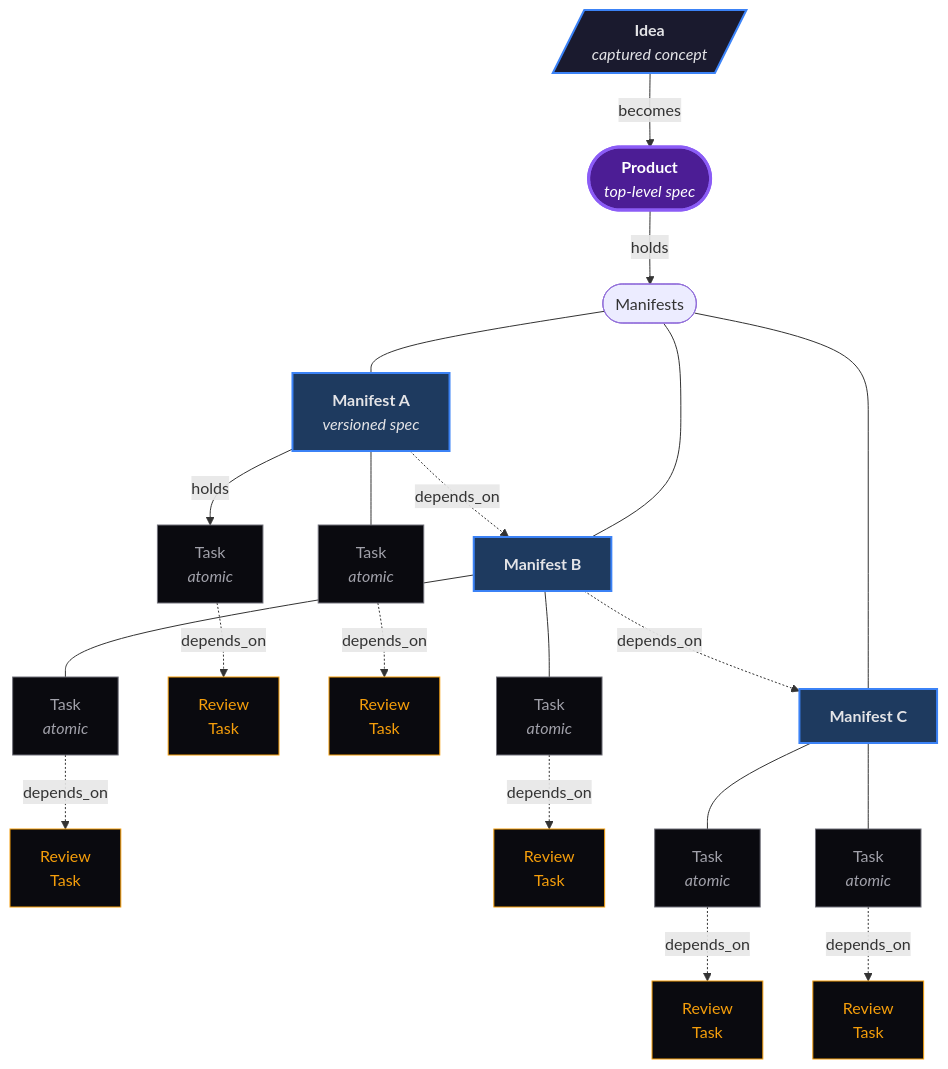
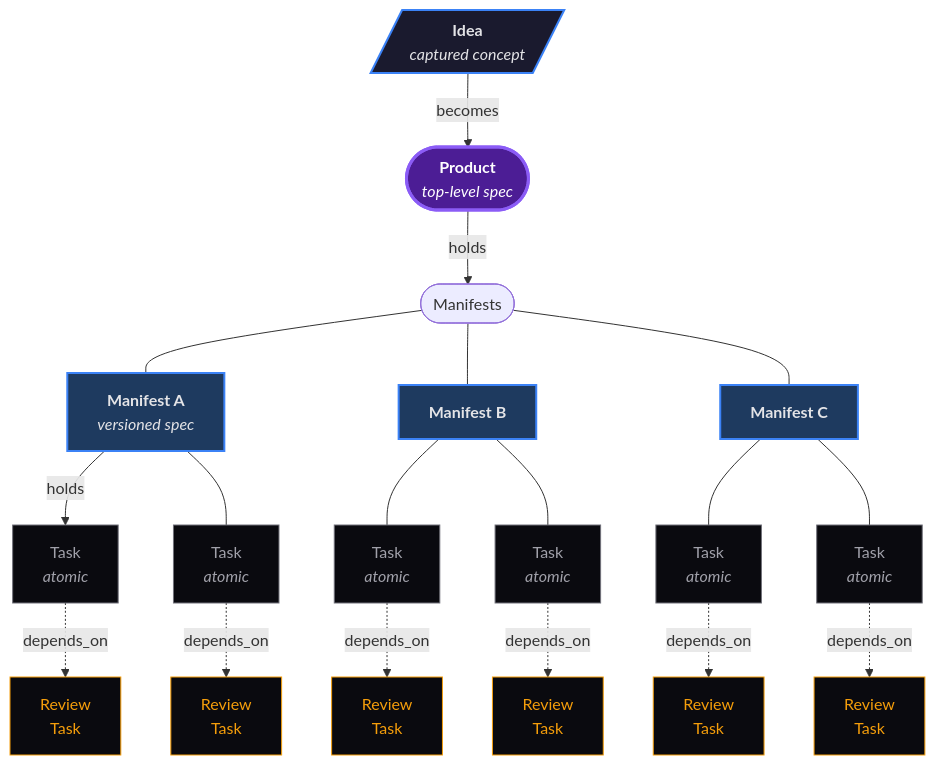
The first of 2 diagrams in README.md (k8nstantin/OpenPraxis), drawn with Mermaid before and after one commit. The commit also changed other lines of this file, not shown here.

````diff
--- a/README.md
+++ b/README.md
@@ -13,33 +13,31 @@
 ```mermaid
 flowchart TB
     Idea[/"<b>Idea</b><br/><i>captured concept</i>"/]:::idea -->|becomes| P
 
     P(["<b>Product</b><br/><i>top-level spec</i>"]):::product -->|holds| MH([Manifests])
 
     MH --- M1["<b>Manifest A</b><br/><i>versioned spec</i>"]:::manifest
     MH --- M2["<b>Manifest B</b>"]:::manifest
     MH --- M3["<b>Manifest C</b>"]:::manifest
-    M1 -. depends_on .-> M2
-    M2 -. depends_on .-> M3
 
     M1 -->|holds| T1a["Task<br/><i>atomic</i>"]:::task
     M1 --- T1b["Task<br/><i>atomic</i>"]:::task
     T1a -. depends_on .-> R1a[Review<br/>Task]:::review
     T1b -. depends_on .-> R1b[Review<br/>Task]:::review
 
     M2 --- T2a["Task<br/><i>atomic</i>"]:::task
     M2 --- T2b["Task<br/><i>atomic</i>"]:::task
     T2a -. depends_on .-> R2a[Review<br/>Task]:::review
     T2b -. depends_on .-> R2b[Review<br/>Task]:::review
 
     M3 --- T3a["Task<br/><i>atomic</i>"]:::task
     M3 --- T3b["Task<br/><i>atomic</i>"]:::task
     T3a -. depends_on .-> R3a[Review<br/>Task]:::review
     T3b -. depends_on .-> R3b[Review<br/>Task]:::review
 
     classDef idea fill:#1a1a2e,stroke:#3b82f6,stroke-width:2px,color:#e4e4e7
     classDef product fill:#4c1d95,stroke:#8b5cf6,stroke-width:3px,color:#fff
     classDef manifest fill:#1e3a5f,stroke:#3b82f6,stroke-width:2px,color:#e4e4e7
     classDef task fill:#0a0a0f,stroke:#71717a,color:#a1a1aa
     classDef review fill:#0a0a0f,stroke:#f59e0b,color:#f59e0b
 ```
````
